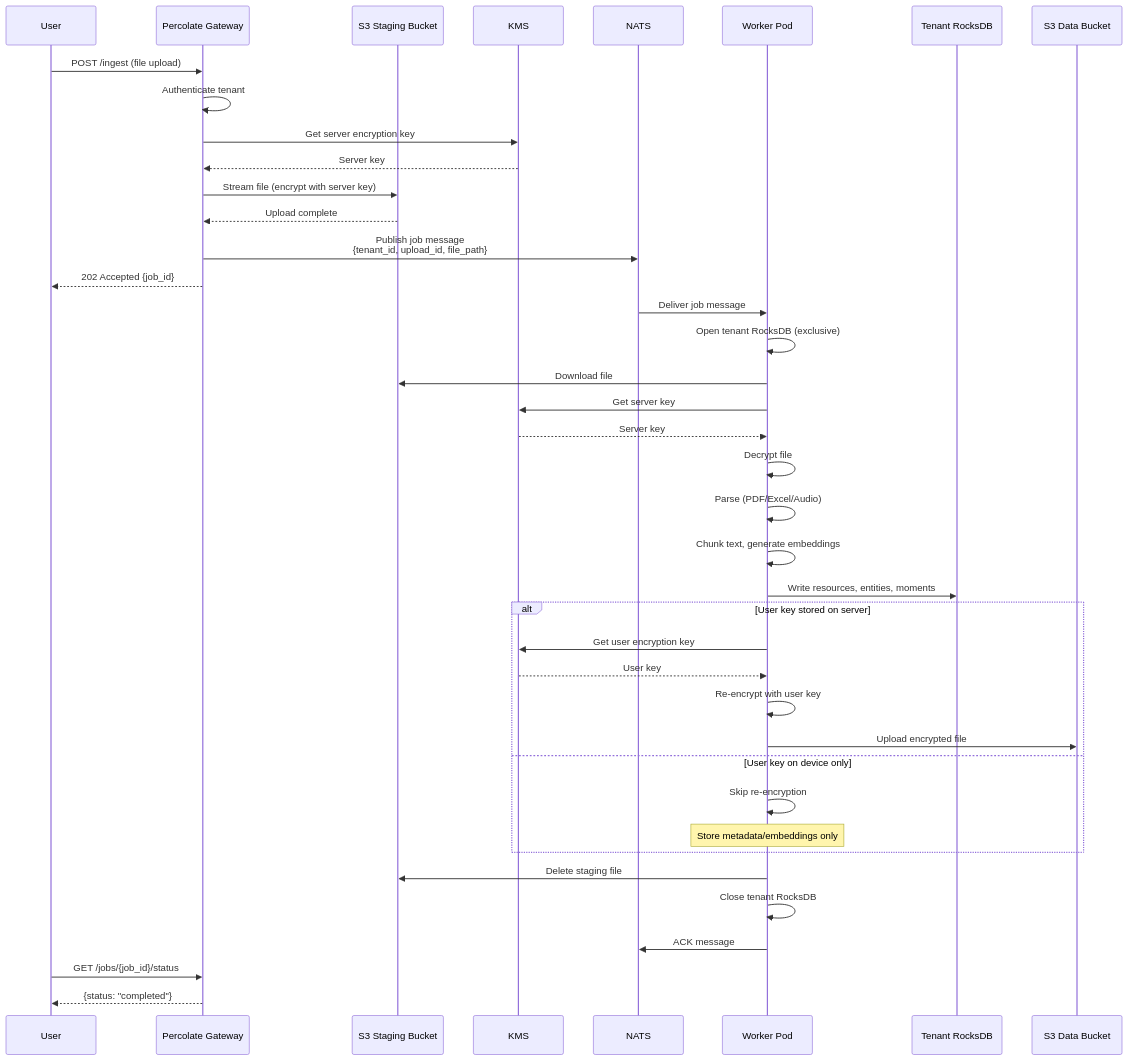
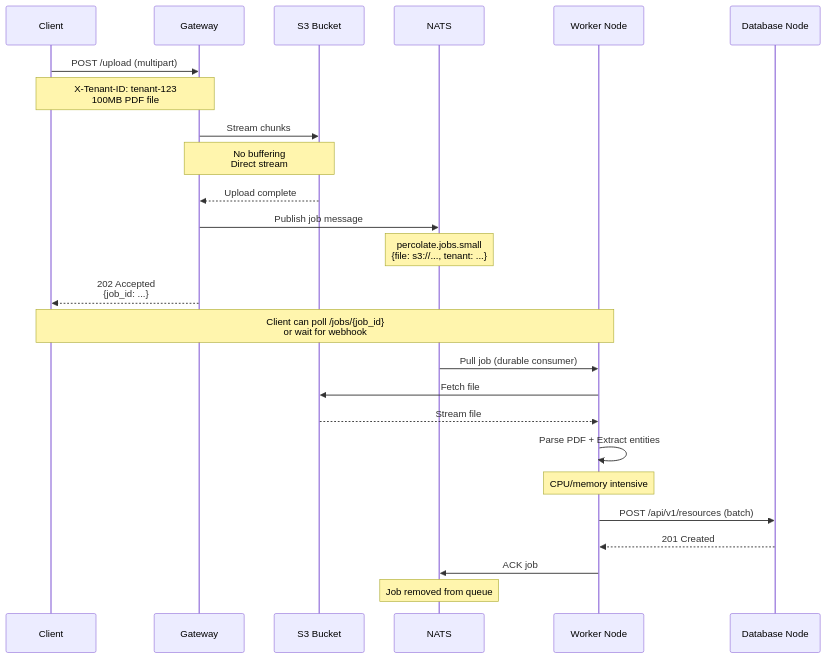
Before and after one commit to percolating-sirsh/percolate-node: the third of 7 diagrams in k8s/system.md, drawn with Mermaid. The commit also changed other lines of this file and 52 other files, not shown here.

````diff
--- a/k8s/system.md
+++ b/k8s/system.md
@@ -617,47 +237,37 @@
 ```mermaid
 sequenceDiagram
-    participant User
-    participant Gateway as Percolate Gateway
-    participant S3_Staging as S3 Staging Bucket
-    participant KMS
-    participant NATS
-    participant Worker as Worker Pod
-    participant RocksDB as Tenant RocksDB
-    participant S3_Data as S3 Data Bucket
+    participant C as Client
+    participant GW as Gateway
+    participant S3 as S3 Bucket
+    participant N as NATS
+    participant W as Worker Node
+    participant DB as Database Node
 
-    User->>Gateway: POST /ingest (file upload)
-    Gateway->>Gateway: Authenticate tenant
-    Gateway->>KMS: Get server encryption key
-    KMS-->>Gateway: Server key
-    Gateway->>S3_Staging: Stream file (encrypt with server key)
-    S3_Staging-->>Gateway: Upload complete
-    Gateway->>NATS: Publish job message<br/>{tenant_id, upload_id, file_path}
-    Gateway-->>User: 202 Accepted {job_id}
+    C->>GW: POST /upload (multipart)
+    Note over C,GW: X-Tenant-ID: tenant-123<br/>100MB PDF file
 
-    NATS->>Worker: Deliver job message
-    Worker->>Worker: Open tenant RocksDB (exclusive)
-    Worker->>S3_Staging: Download file
-    Worker->>KMS: Get server key
-    KMS-->>Worker: Server key
-    Worker->>Worker: Decrypt file
-    Worker->>Worker: Parse (PDF/Excel/Audio)
-    Worker->>Worker: Chunk text, generate embeddings
-    Worker->>RocksDB: Write resources, entities, moments
+    GW->>S3: Stream chunks
+    Note over GW,S3: No buffering<br/>Direct stream
 
-    alt User key stored on server
-        Worker->>KMS: Get user encryption key
-        KMS-->>Worker: User key
-        Worker->>Worker: Re-encrypt with user key
-        Worker->>S3_Data: Upload encrypted file
-    else User key on device only
-        Worker->>Worker: Skip re-encryption
-        Note over Worker: Store metadata/embeddings only
-    end
+    S3-->>GW: Upload complete
 
-    Worker->>S3_Staging: Delete staging file
-    Worker->>Worker: Close tenant RocksDB
-    Worker->>NATS: ACK message
+    GW->>N: Publish job message
+    Note over N: percolate.jobs.small<br/>{file: s3://..., tenant: ...}
 
-    User->>Gateway: GET /jobs/{job_id}/status
-    Gateway-->>User: {status: "completed"}
+    GW-->>C: 202 Accepted<br/>{job_id: ...}
+
+    Note over C,W: Client can poll /jobs/{job_id}<br/>or wait for webhook
+
+    N->>W: Pull job (durable consumer)
+    W->>S3: Fetch file
+    S3-->>W: Stream file
+
+    W->>W: Parse PDF + Extract entities
+    Note over W: CPU/memory intensive
+
+    W->>DB: POST /api/v1/resources (batch)
+    DB-->>W: 201 Created
+
+    W->>N: ACK job
+    Note over N: Job removed from queue
 ```
````
